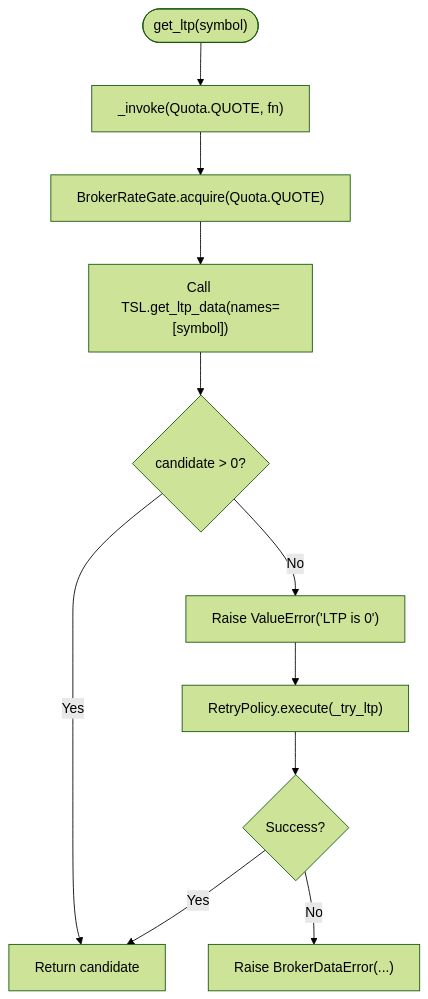
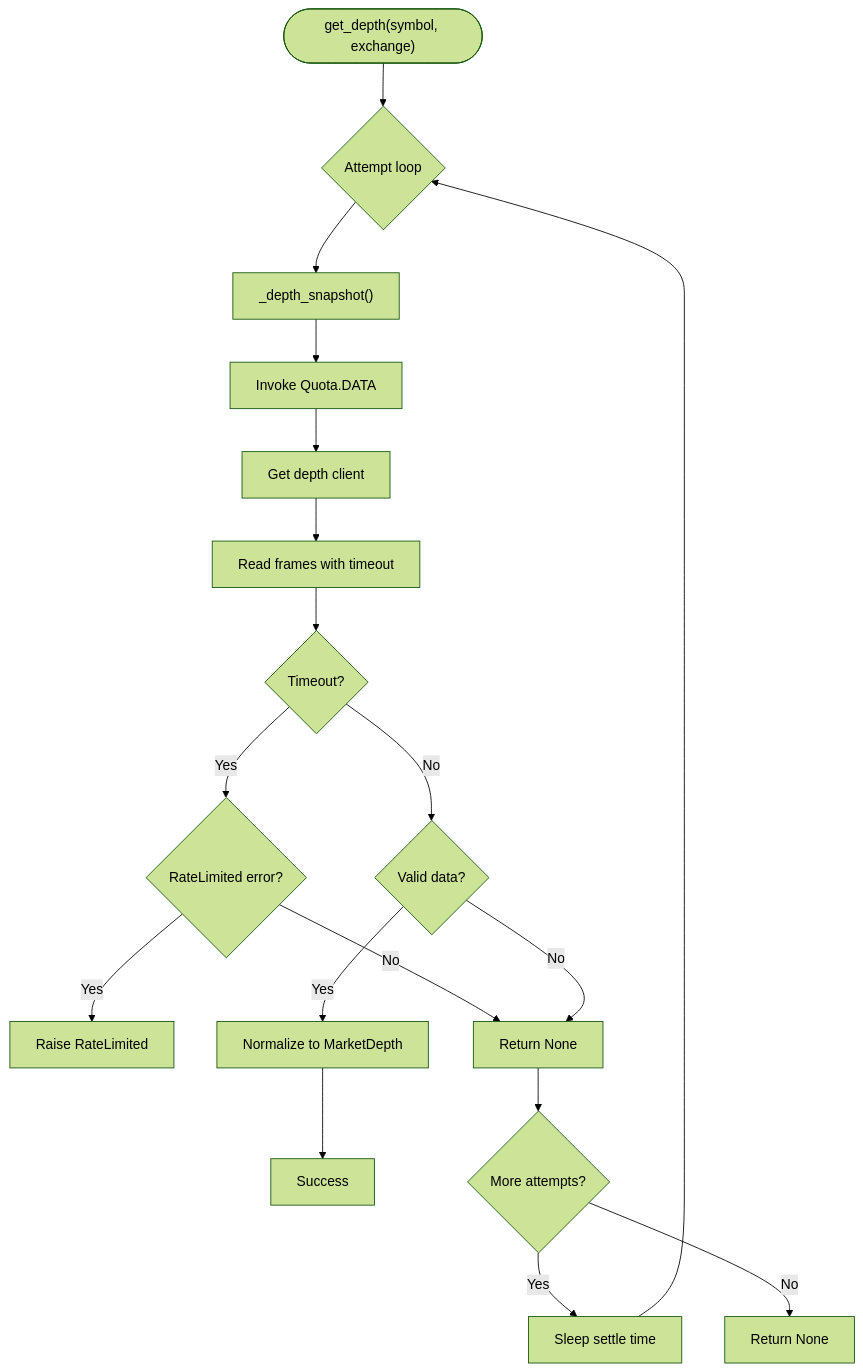
Before and after one commit to Ganesh-Kusundal/nTrade: the fourth of 12 diagrams in .qoder/repowiki/en/content/Broker Integration/Transport Layer & Connectivity.md, drawn with Mermaid (forest theme). The commit also changed other lines of this file and 2201 other files, not shown here.

Commit message:
Integrate completeness: live runner hardening, broker adapter layers, rate-limiting infrastructure, data pipeline (parquet OHLCV + ingestion scripts), contract testing framework, options analytics, and updated architecture/knowledge docs

````diff
--- a/.qoder/repowiki/en/content/Broker Integration/Transport Layer & Connectivity.md
+++ b/.qoder/repowiki/en/content/Broker Integration/Transport Layer & Connectivity.md
@@ -303,13 +308,20 @@
 ```mermaid
 flowchart TD
-Start(["get_ltp(symbol)"]) --> Invoke["_invoke(Quota.QUOTE, fn)"]
-Invoke --> GateAcquire["BrokerRateGate.acquire(Quota.QUOTE)"]
-GateAcquire --> TryCall["Call TSL.get_ltp_data(names=[symbol])"]
-TryCall --> Candidate{"candidate > 0?"}
-Candidate --> |Yes| ReturnLTP["Return candidate"]
-Candidate --> |No| RaiseErr["Raise ValueError('LTP is 0')"]
-RaiseErr --> Retry["RetryPolicy.execute(_try_ltp)"]
-Retry --> Success{"Success?"}
-Success --> |Yes| ReturnLTP
-Success --> |No| BrokerErr["Raise BrokerDataError(...)"]
+Start(["get_depth(symbol, exchange)"]) --> Loop{"Attempt loop"}
+Loop --> Snapshot["_depth_snapshot()"]
+Snapshot --> Invoke["Invoke Quota.DATA"]
+Invoke --> DepthClient["Get depth client"]
+DepthClient --> ReadFrames["Read frames with timeout"]
+ReadFrames --> TimeoutCheck{"Timeout?"}
+TimeoutCheck --> |Yes| CheckError{"RateLimited error?"}
+CheckError --> |Yes| RaiseRL["Raise RateLimited"]
+CheckError --> |No| ReturnNone["Return None"]
+TimeoutCheck --> |No| ValidateData{"Valid data?"}
+ValidateData --> |Yes| Normalize["Normalize to MarketDepth"]
+ValidateData --> |No| ReturnNone
+Normalize --> Success["Success"]
+ReturnNone --> RetryCheck{"More attempts?"}
+RetryCheck --> |Yes| Sleep["Sleep settle time"]
+RetryCheck --> |No| FinalNone["Return None"]
+Sleep --> Loop
 ```
````
